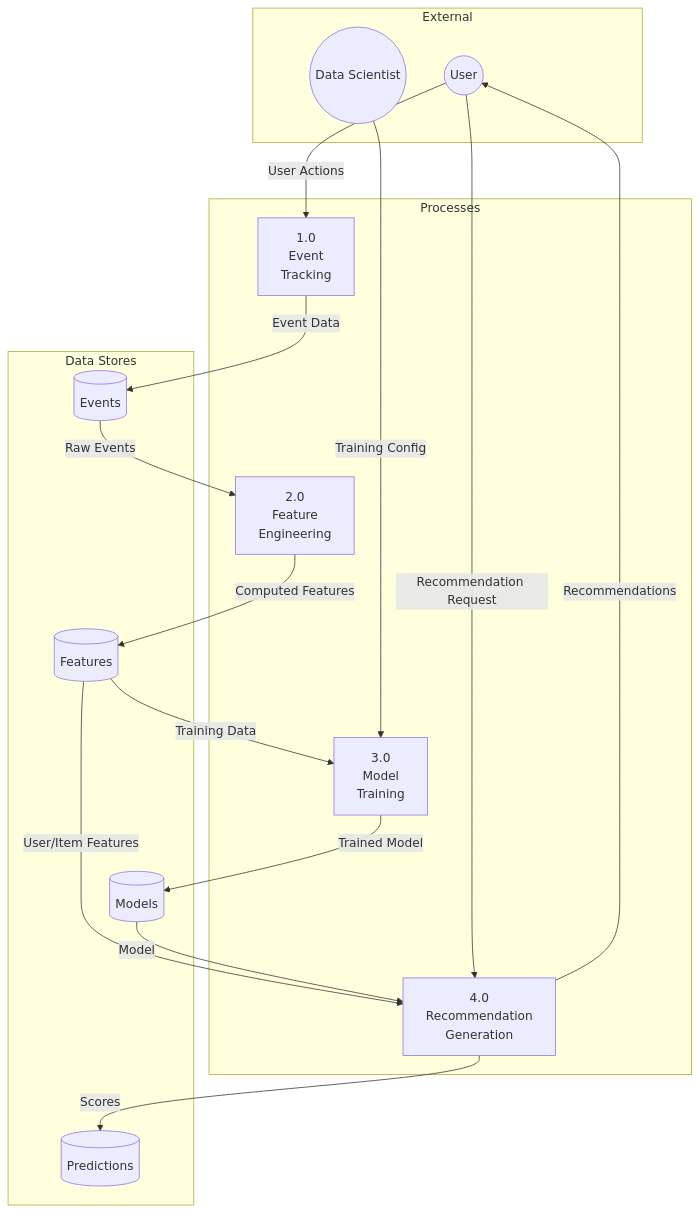
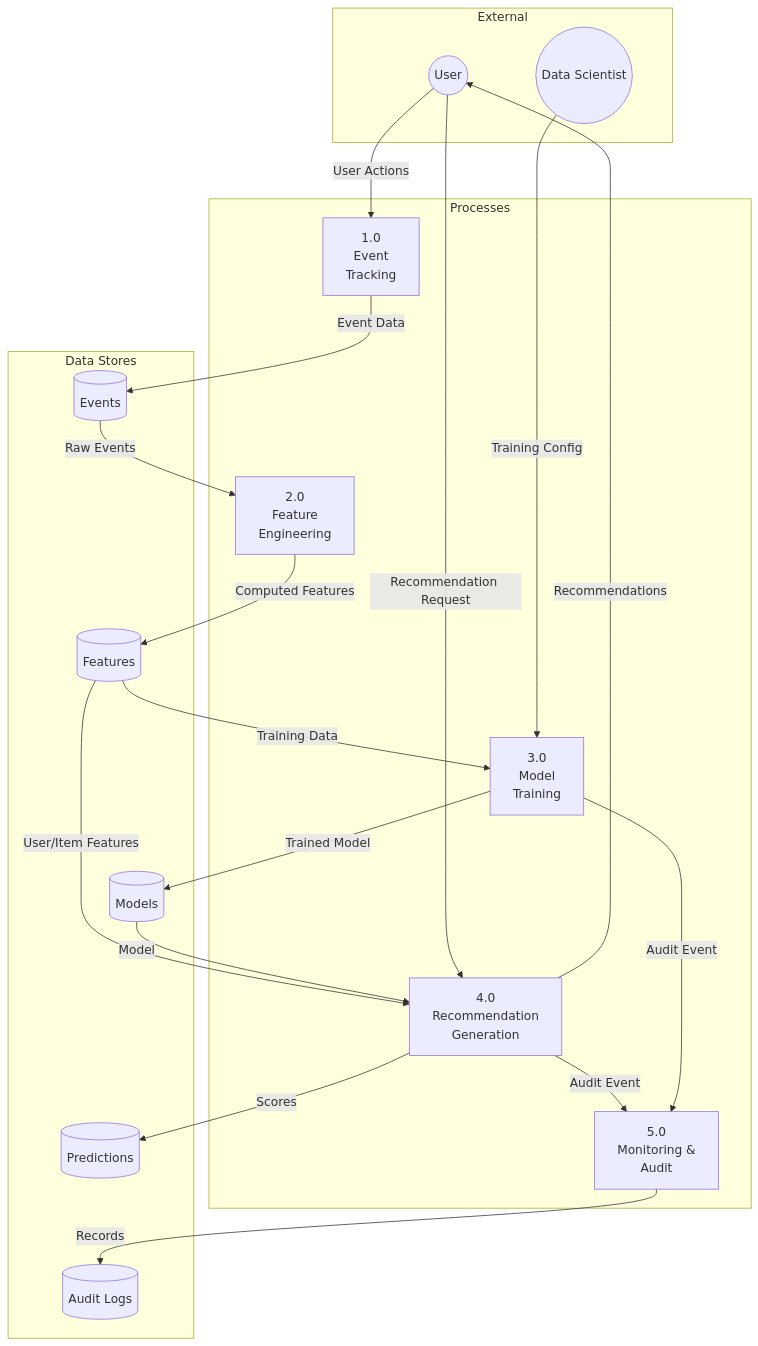
One commit to 0Ankit0/Project-Ideas changed the second of 3 diagrams in Smart Recommendation Engine/high-level-design/data-flow-diagram.md. Above: the diagram before and after it, drawn with Mermaid. The commit also changed other lines of this file and 18 other files, not shown here.

````diff
--- a/Smart Recommendation Engine/high-level-design/data-flow-diagram.md
+++ b/Smart Recommendation Engine/high-level-design/data-flow-diagram.md
@@ -18,37 +18,42 @@
 ```mermaid
 flowchart TB
     subgraph "External"
         USER((User))
         DS((Data Scientist))
     end
     
     subgraph "Processes"
         P1[1.0<br/>Event<br/>Tracking]
         P2[2.0<br/>Feature<br/>Engineering]
         P3[3.0<br/>Model<br/>Training]
         P4[4.0<br/>Recommendation<br/>Generation]
+        P5[5.0<br/>Monitoring &<br/>Audit]
     end
     
     subgraph "Data Stores"
         D1[(Events)]
         D2[(Features)]
         D3[(Models)]
         D4[(Predictions)]
+        D5[(Audit Logs)]
     end
     
     USER -->|User Actions| P1
     P1 -->|Event Data| D1
     
     D1 -->|Raw Events| P2
     P2 -->|Computed Features| D2
     
     D2 -->|Training Data| P3
     DS -->|Training Config| P3
     P3 -->|Trained Model| D3
     
     USER -->|Recommendation Request| P4
     D2 -->|User/Item Features| P4
     D3 -->|Model| P4
     P4 -->|Scores| D4
     P4 -->|Recommendations| USER
+    P4 -->|Audit Event| P5
+    P3 -->|Audit Event| P5
+    P5 -->|Records| D5
 ```
````
